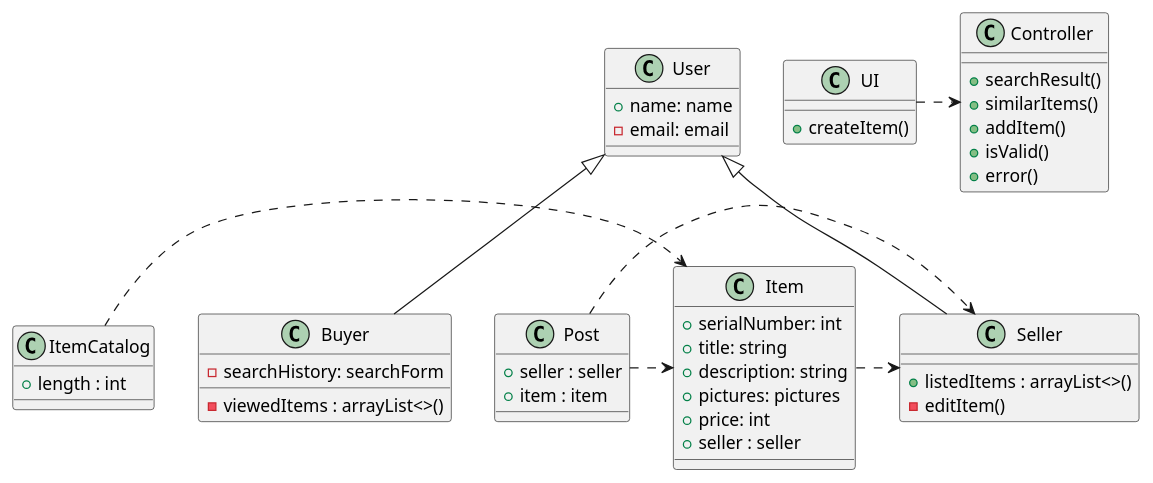
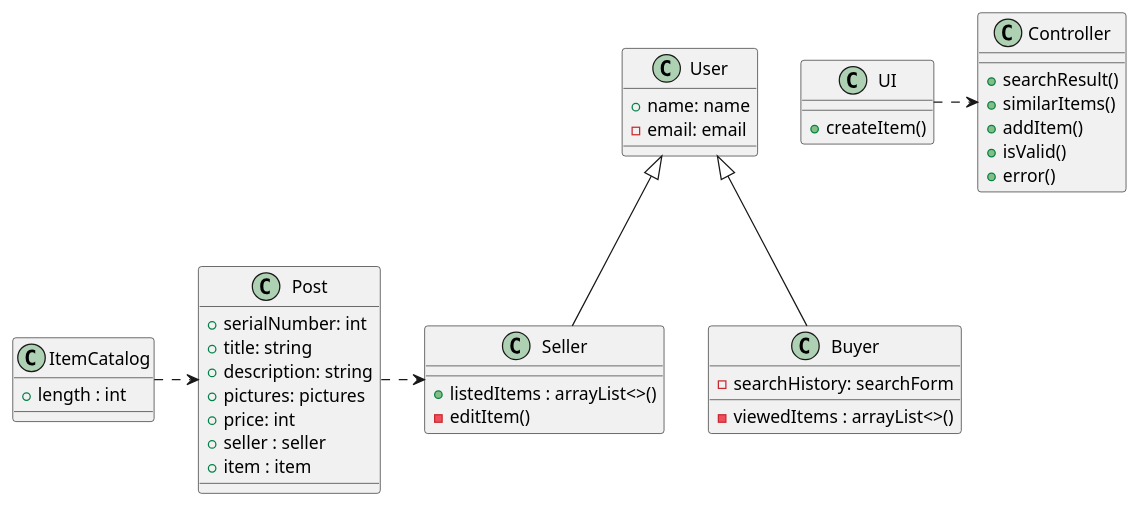
One commit to remyben-creator/Marketplace-Application changed the first of 3 diagrams in Phase2/design.md. Above: the diagram before and after it, drawn with PlantUML.

Commit message:
phase2-submission

````diff
--- a/Phase2/design.md
+++ b/Phase2/design.md
@@ -1,57 +1,54 @@
 ```plantuml
-class Item{
+class Post{
  + serialNumber: int
  + title: string
  + description: string
  + pictures: pictures
  + price: int
- + seller : seller
 }
 class User{
  + name: name
  - email: email
 }
 
 class Seller{
  + listedItems : arrayList<>()
  - editItem()
 }
 
 class Buyer{
  - searchHistory: searchForm
  - viewedItems : arrayList<>()
 }
 
 class ItemCatalog {
  + length : int
 }
 
 class Controller {
 + searchResult()
 + similarItems()
 + addItem()
 + isValid()
 + error()
 }
 
 class UI { 
 + createItem()
 
 }
 
 class Post {
 + seller : seller
 + item : item
 }
 User <|-- Seller
 User <|-- Buyer
-ItemCatalog .> Item
-Post .> Item
+ItemCatalog .> Post
 Post .> Seller
 UI .> Controller
-Item .> Seller
 
 
 
 
 ```
````
